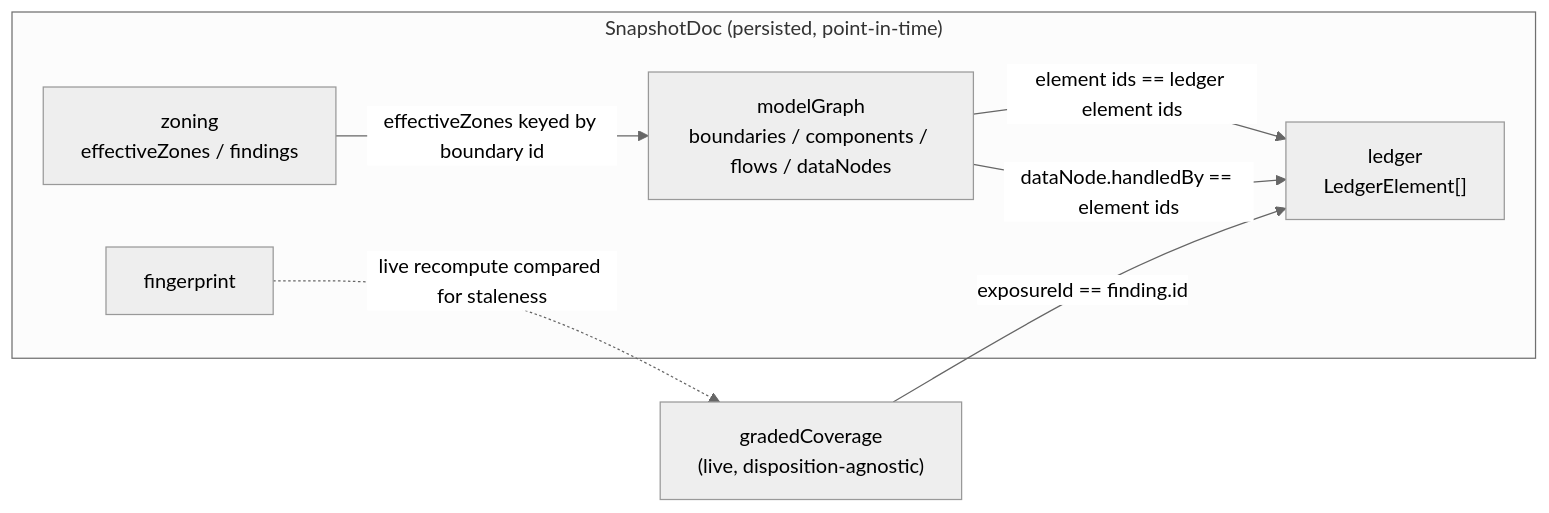
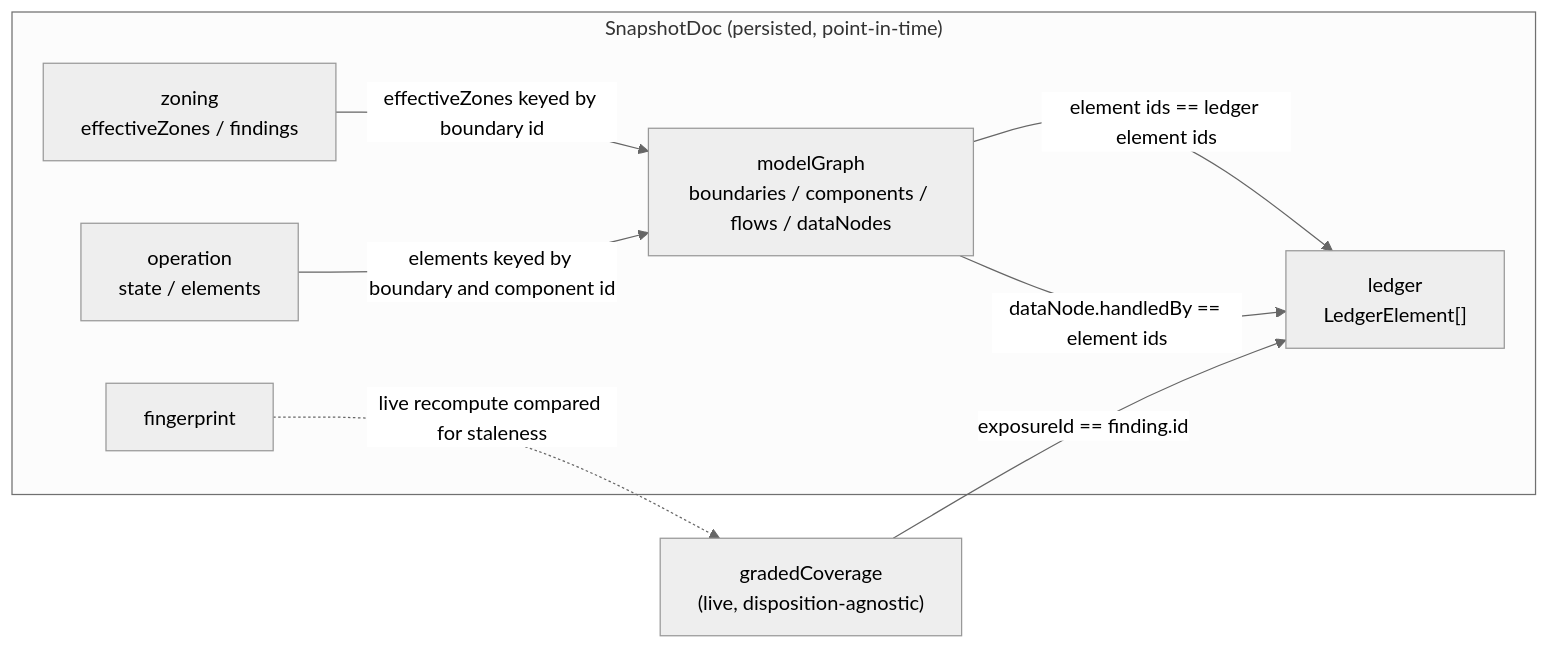
The diagram in docs/architecture/dethernety-threat-report/data-model.md (dether-net/dethernety-oss), drawn with Mermaid (neutral theme) before and after one commit. The commit also changed other lines of this file and 58 other files, not shown here.

````diff
--- a/docs/architecture/dethernety-threat-report/data-model.md
+++ b/docs/architecture/dethernety-threat-report/data-model.md
@@ -36,16 +37,18 @@
 ```mermaid
 graph LR
   subgraph SnapshotDoc["SnapshotDoc (persisted, point-in-time)"]
     L["ledger<br/>LedgerElement[]"]
     G["modelGraph<br/>boundaries / components / flows / dataNodes"]
     Z["zoning<br/>effectiveZones / findings"]
+    O["operation<br/>state / elements"]
     FP["fingerprint"]
   end
   COV["gradedCoverage<br/>(live, disposition-agnostic)"]
 
   G -- "element ids == ledger element ids" --> L
   COV -- "exposureId == finding.id" --> L
   G -- "dataNode.handledBy == element ids" --> L
   Z -- "effectiveZones keyed by boundary id" --> G
+  O -- "elements keyed by boundary and component id" --> G
   FP -. "live recompute compared for staleness" .-> COV
 ```
````
